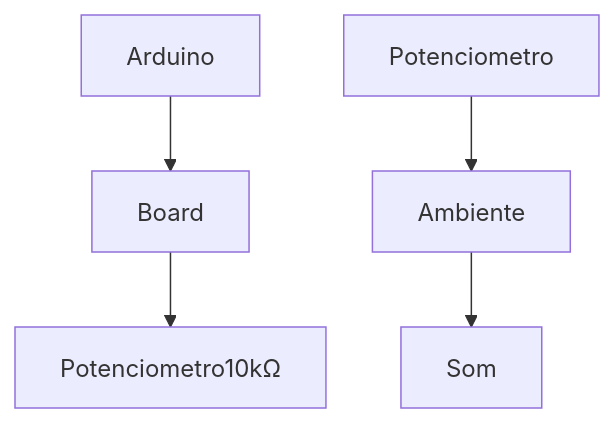
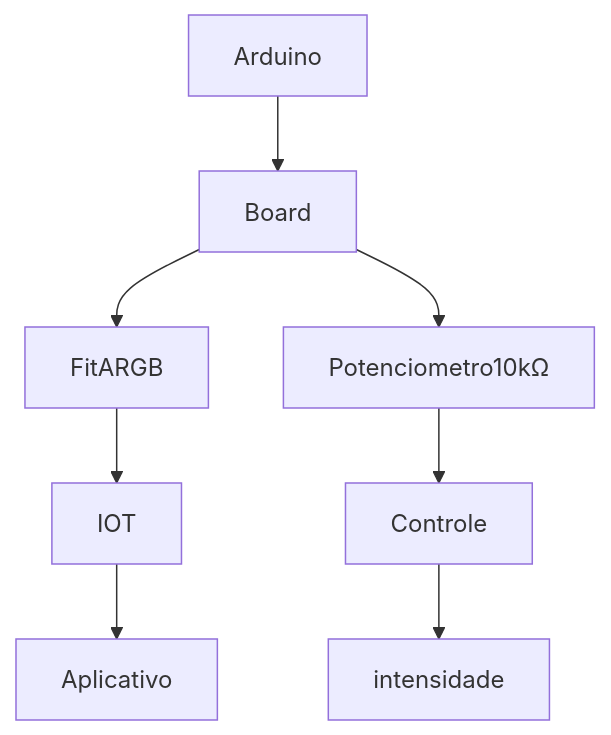
The diagram in README.md (iAmLobinho/LedResponsive), drawn with Mermaid before and after one commit. The commit also changed other lines of this file, not shown here.

````diff
--- a/README.md
+++ b/README.md
@@ -4,7 +6,5 @@
 ```mermaid    
 graph TD;
-    Arduino-->Board;
-    Board-->Potenciometro10kΩ;
-    Potenciometro-->Ambiente;
-    Ambiente-->Som;
+    Arduino-->Board-->FitARGB-->IOT-->Aplicativo;
+    Board-->Potenciometro10kΩ-->Controle-->intensidade;
 ```
````
